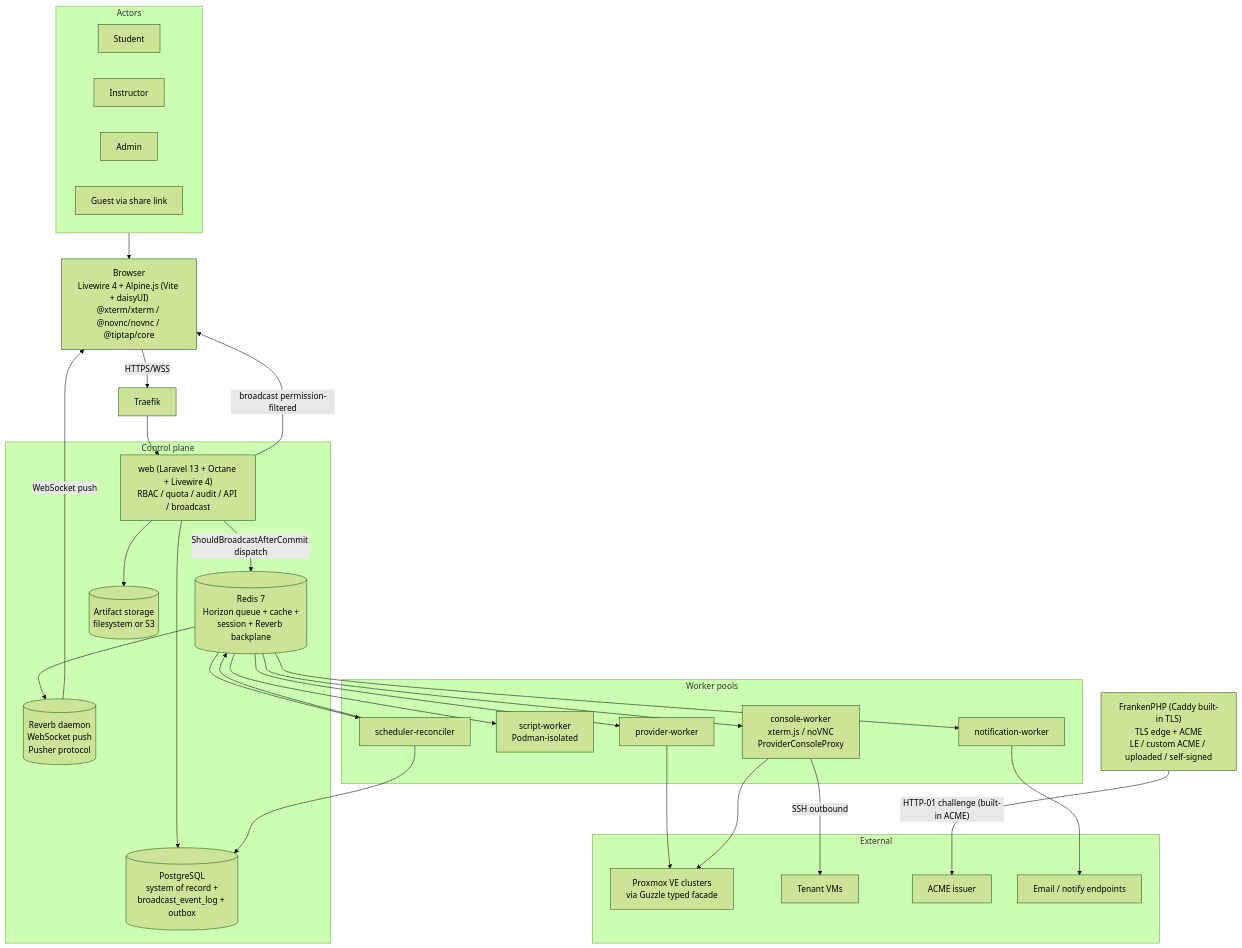
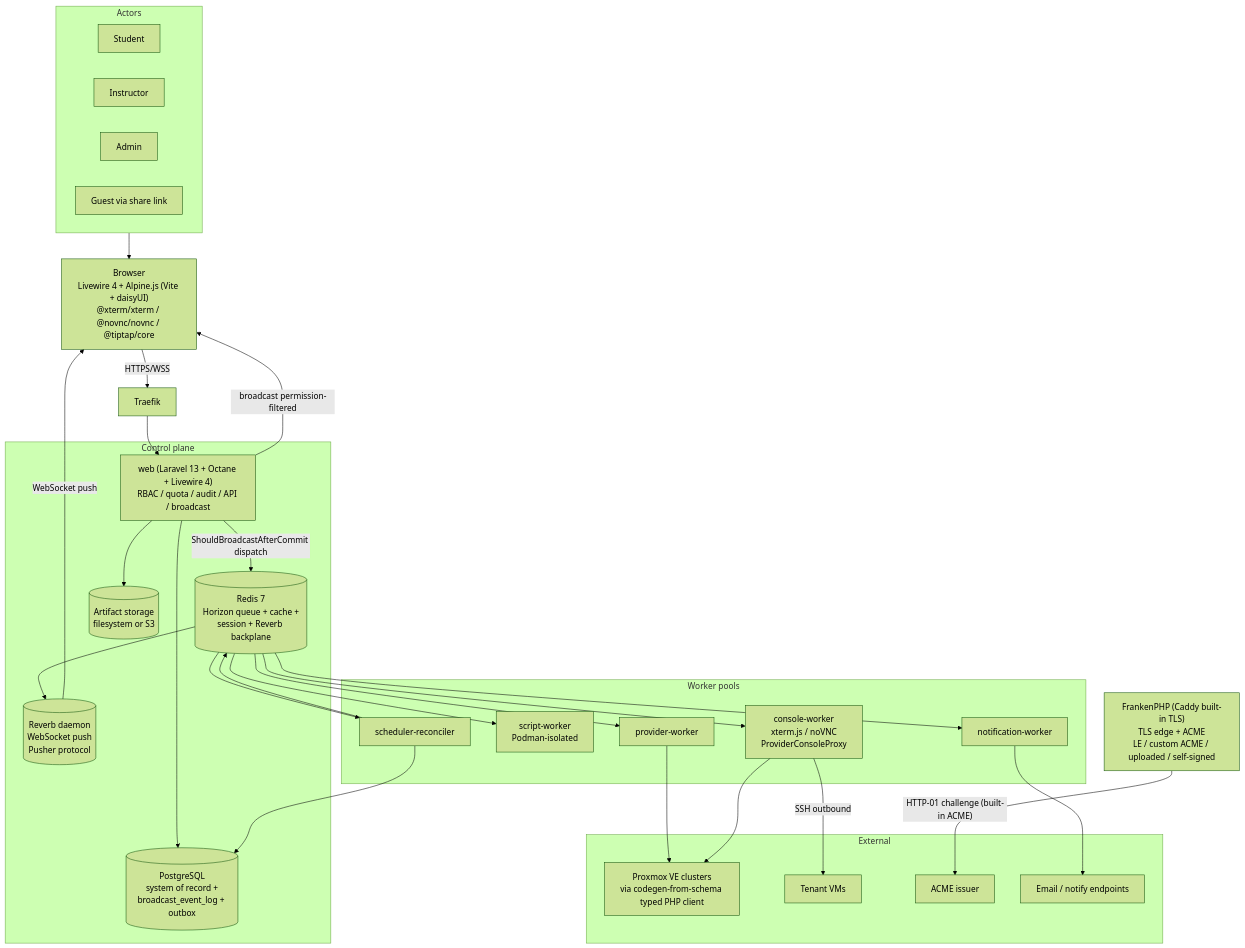
Before and after one commit to cyberbalsa/racklab: the first of 8 diagrams in docs/architecture/diagrams.md, drawn with Mermaid (forest theme). The commit also changed other lines of this file and 9 other files, not shown here.

First line of the commit message:
docs: switch Proxmox client to codegen-from-schema strategy

````diff
--- a/docs/architecture/diagrams.md
+++ b/docs/architecture/diagrams.md
@@ -9,63 +9,63 @@
 ```mermaid
 graph TB
     subgraph Actors
         Student[Student]
         Instructor[Instructor]
         Admin[Admin]
         Guest[Guest via share link]
     end
 
     Browser["Browser<br/>Livewire 4 + Alpine.js (Vite + daisyUI)<br/>@xterm/xterm / @novnc/novnc / @tiptap/core"]
 
     Edge["FrankenPHP (Caddy built-in TLS)<br/>TLS edge + ACME<br/>LE / custom ACME / uploaded / self-signed"]
 
     subgraph Core [Control plane]
         Web["web (Laravel 13 + Octane + Livewire 4)<br/>RBAC / quota / audit / API / broadcast"]
         Postgres[(PostgreSQL<br/>system of record +<br/>broadcast_event_log + outbox)]
         Redis[(Redis 7<br/>Horizon queue + cache +<br/>session + Reverb backplane)]
         Reverb[(Reverb daemon<br/>WebSocket push<br/>Pusher protocol)]
         ArtStore[(Artifact storage<br/>filesystem or S3)]
     end
 
     subgraph Workers [Worker pools]
         ProvW[provider-worker]
         ScriptW["script-worker<br/>Podman-isolated"]
         ConsW["console-worker<br/>xterm.js / noVNC<br/>ProviderConsoleProxy"]
         SchedW[scheduler-reconciler]
         NotifW[notification-worker]
     end
 
     subgraph External
-        Proxmox["Proxmox VE clusters<br/>via Guzzle typed facade"]
+        Proxmox["Proxmox VE clusters<br/>via codegen-from-schema typed PHP client"]
         VMs[Tenant VMs]
         ACME[ACME issuer]
         SMTP[Email / notify endpoints]
     end
 
     Actors --> Browser
     Browser -- HTTPS/WSS --> Traefik
     Traefik --> Web
     Web --> Postgres
     Web -- "ShouldBroadcastAfterCommit dispatch" --> Redis
     Web --> ArtStore
 
     Redis --> ProvW
     Redis --> ScriptW
     Redis --> ConsW
     Redis --> SchedW
     Redis --> NotifW
 
     Redis --> Reverb
     Reverb -- "WebSocket push" --> Browser
 
     ProvW --> Proxmox
     ConsW --> Proxmox
     ConsW -- "SSH outbound" --> VMs
     SchedW --> Postgres
     SchedW --> Redis
     NotifW --> SMTP
 
     Edge -- "HTTP-01 challenge (built-in ACME)" --> ACME
 
     Web -- "broadcast permission-filtered" --> Browser
 ```
````
